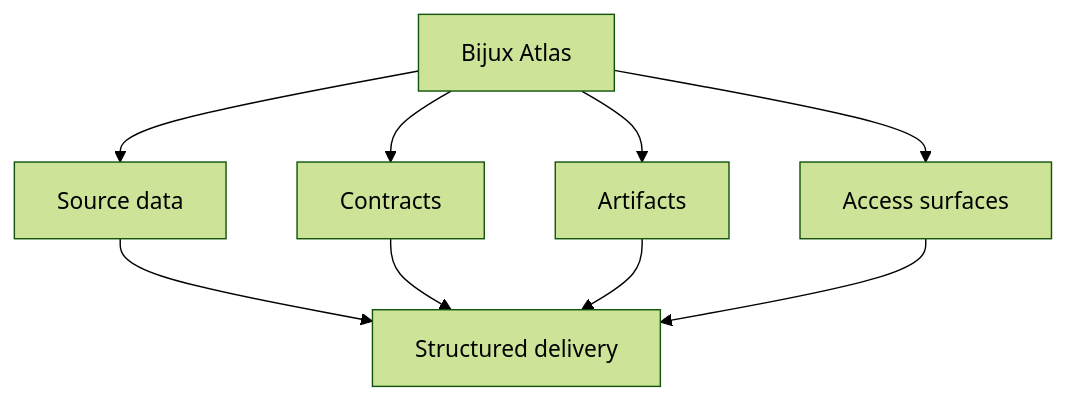
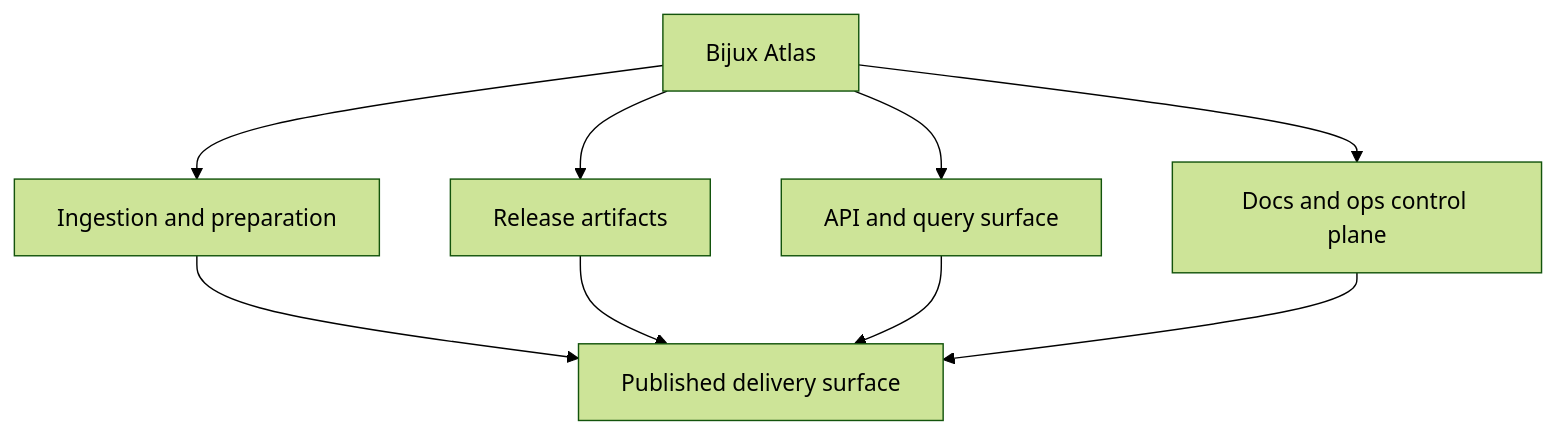
The diagram in docs/projects/bijux-atlas.md (bijux/bijux.github.io), drawn with Mermaid (forest theme) before and after one commit.

Commit message:
docs(atlas): make system map specific to atlas delivery flow

````diff
--- a/docs/projects/bijux-atlas.md
+++ b/docs/projects/bijux-atlas.md
@@ -47,12 +47,12 @@
 ```mermaid
 graph TD
-    atlas["Bijux Atlas"] --> source["Source data"]
-    atlas --> contracts["Contracts"]
-    atlas --> artifacts["Artifacts"]
-    atlas --> access["Access surfaces"]
+    atlas["Bijux Atlas"] --> ingest["Ingestion and preparation"]
+    atlas --> artifacts["Release artifacts"]
+    atlas --> query["API and query surface"]
+    atlas --> control["Docs and ops control plane"]
 
-    source --> delivery["Structured delivery"]
-    contracts --> delivery
-    artifacts --> delivery
-    access --> delivery
+    ingest --> publish["Published delivery surface"]
+    artifacts --> publish
+    query --> publish
+    control --> publish
 ```
````
